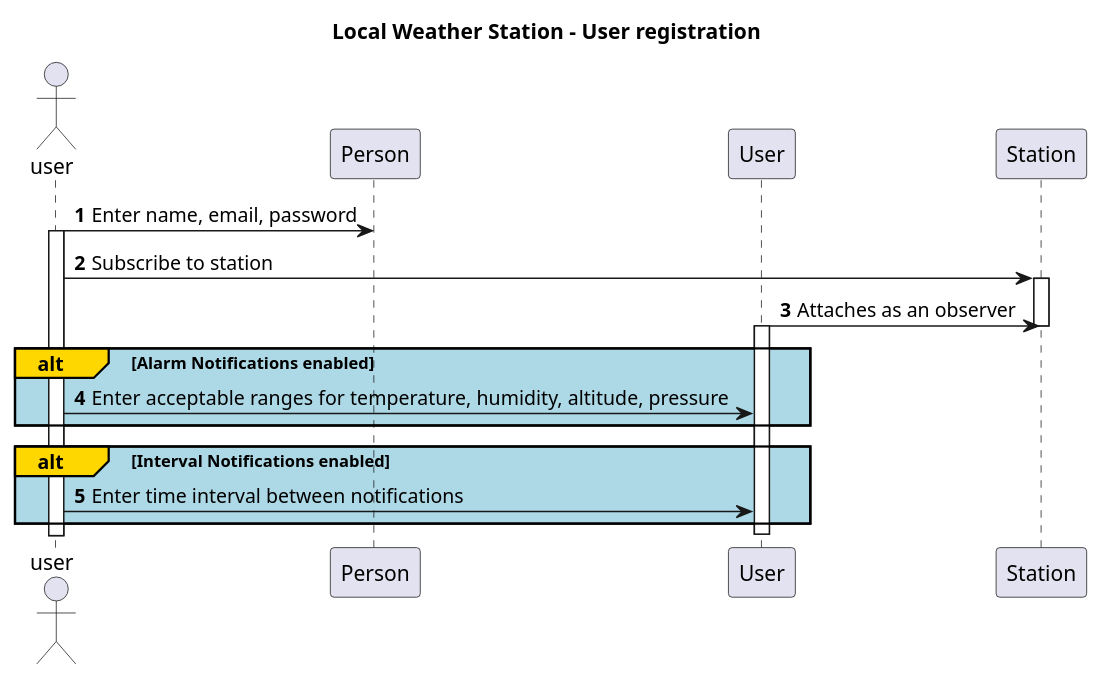
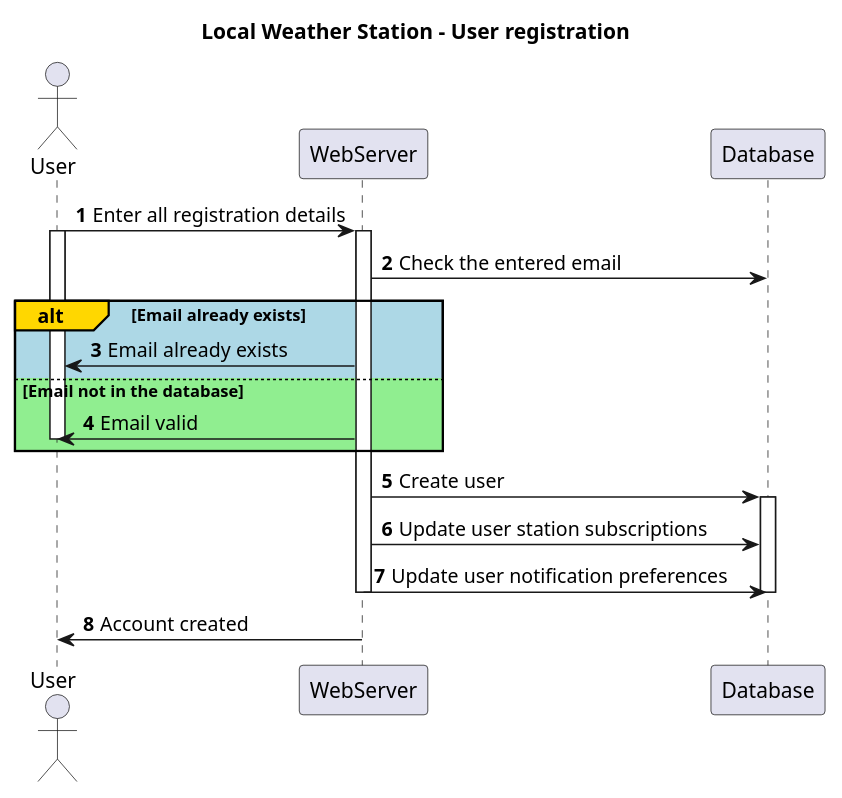
The diagram in diagrams/sequence/Registration.puml (ooad-sv/semester-project-design), drawn with PlantUML before and after one commit. The commit also changed 6 other files, not shown here.

Commit message:
sequence diagrams

```diff
--- a/diagrams/sequence/Registration.puml
+++ b/diagrams/sequence/Registration.puml
@@ -1,23 +1,27 @@
 @startuml
 'https://plantuml.com/sequence-diagram
 title Local Weather Station - User registration
 autonumber
-actor user
-participant Person
-participant User
-participant Station
-user -> Person : Enter name, email, password
-activate user
-user -> Station: Subscribe to station
-activate Station
-User -> Station: Attaches as an observer
-deactivate Station
+actor User
+participant WebServer
+participant Database
+
+User -> WebServer: Enter all registration details
 activate User
-alt#Gold #LightBlue Alarm Notifications enabled
-    user -> User: Enter acceptable ranges for temperature, humidity, altitude, pressure
+activate WebServer
+WebServer -> Database: Check the entered email
+alt#Gold #LightBlue Email already exists
+    WebServer -> User: Email already exists
+else #LightGreen Email not in the database
+    WebServer -> User: Email valid
+    deactivate User
 end
-alt#Gold #LightBlue Interval Notifications enabled
-    user -> User: Enter time interval between notifications
-end
+WebServer -> Database: Create user
+activate Database
+WebServer -> Database: Update user station subscriptions
+WebServer -> Database: Update user notification preferences
+deactivate Database
+deactivate WebServer
+WebServer -> User: Account created
 deactivate User
 @enduml
```
